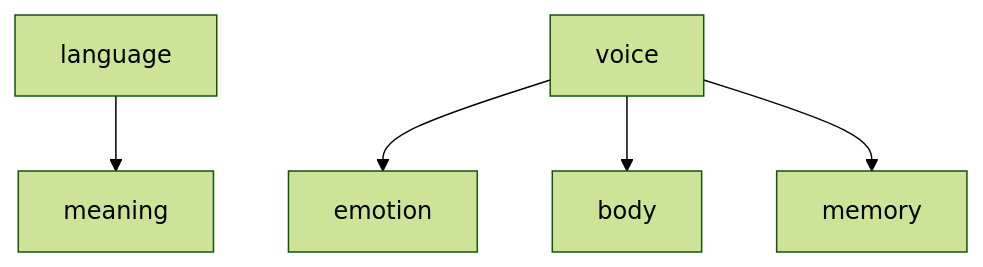
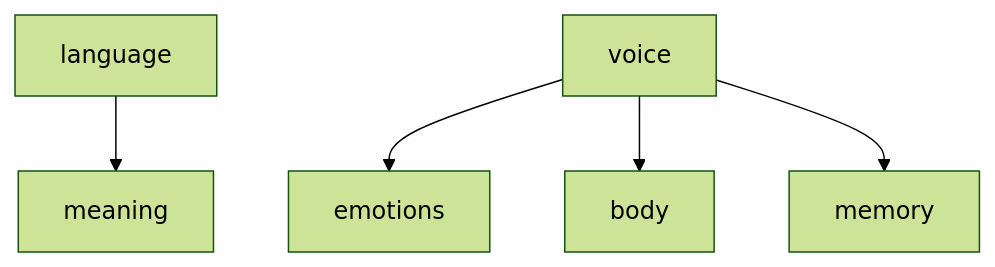
One commit to monumental-movement/monumental-movement.github.io changed the second of 5 diagrams in en/_posts/2026-05-30-column-meredith-monk.md. Above: the diagram before and after it, drawn with Mermaid (forest theme). The commit also changed other lines of this file and 497 other files, not shown here.

```diff
--- a/en/_posts/2026-05-30-column-meredith-monk.md
+++ b/en/_posts/2026-05-30-column-meredith-monk.md
@@ -132,7 +132,7 @@
 <div class="mermaid">
 flowchart TD
 A[language] --> B[meaning]
-C[voice] --> D[emotion]
+C[voice] --> D[emotions]
 C --> E[body]
 C --> F[memory]
 </div>
```
